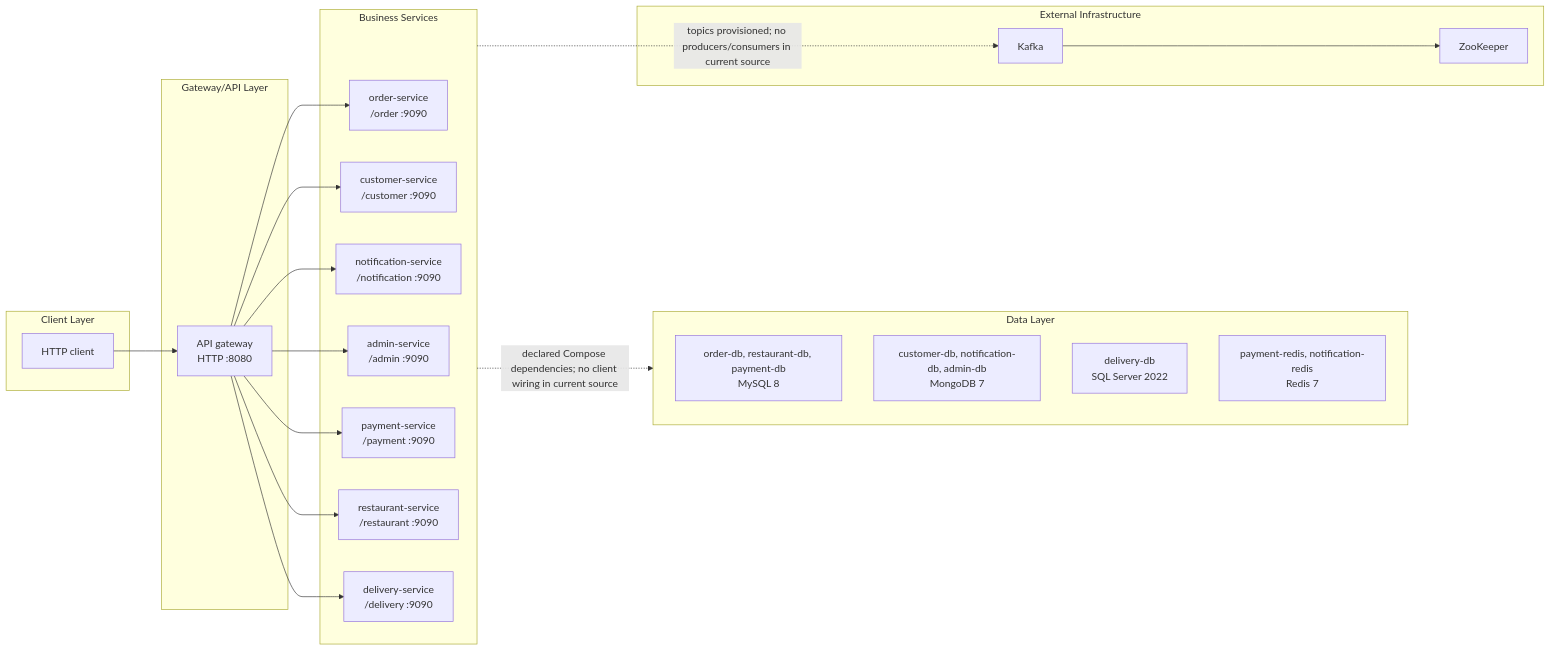
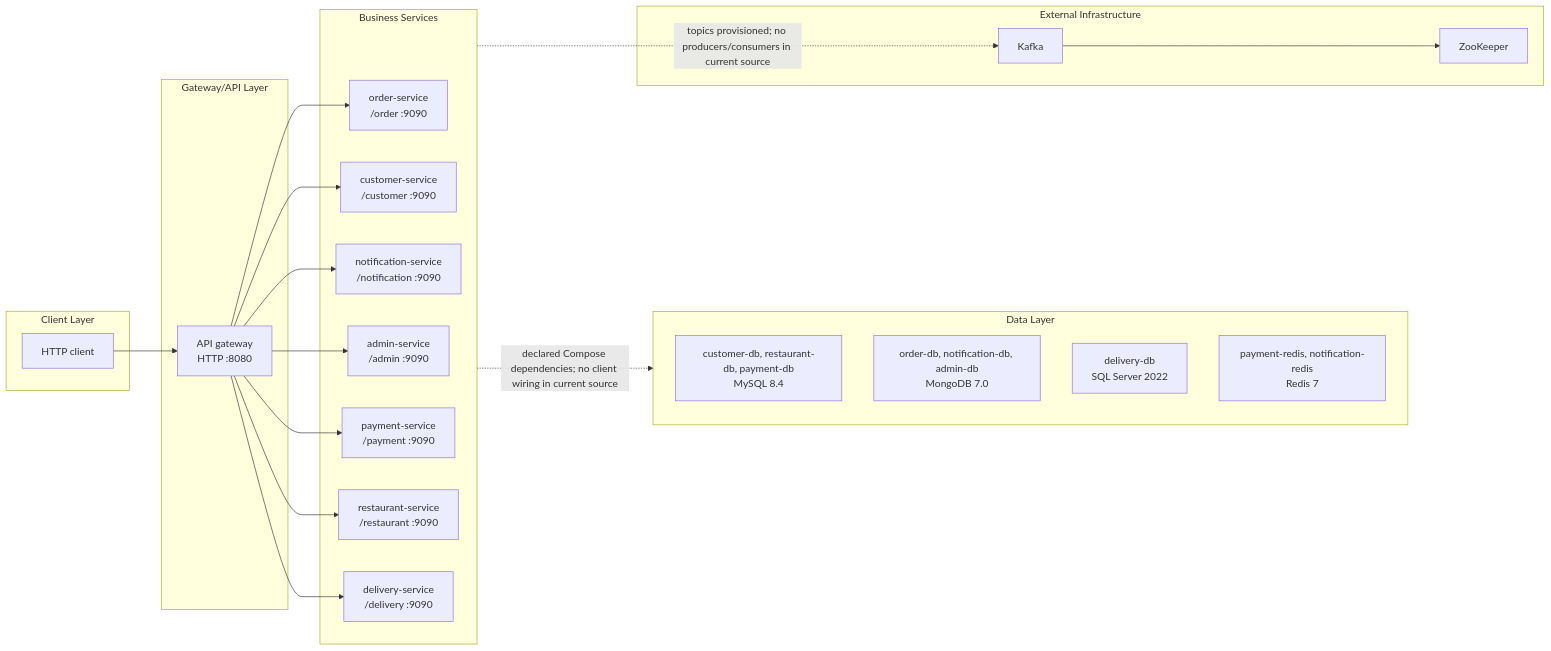
The first of 4 diagrams in Assignment-2/README.md (Kaptain-codes/Distributed-Systems-Applications), drawn with Mermaid before and after one commit. The commit also changed other lines of this file and 32 other files, not shown here.

````diff
--- a/Assignment-2/README.md
+++ b/Assignment-2/README.md
@@ -7,39 +7,39 @@
 ```mermaid
 flowchart LR
     subgraph C[Client Layer]
         Client[HTTP client]
     end
     subgraph G[Gateway/API Layer]
         Gateway[API gateway\nHTTP :8080]
     end
     subgraph B[Business Services]
         Order[order-service\n/order :9090]
         Customer[customer-service\n/customer :9090]
         Notification[notification-service\n/notification :9090]
         Admin[admin-service\n/admin :9090]
         Payment[payment-service\n/payment :9090]
         Restaurant[restaurant-service\n/restaurant :9090]
         Delivery[delivery-service\n/delivery :9090]
     end
     subgraph D[Data Layer]
-        MySQL[order-db, restaurant-db, payment-db\nMySQL 8]
-        Mongo[customer-db, notification-db, admin-db\nMongoDB 7]
+        MySQL[customer-db, restaurant-db, payment-db\nMySQL 8.4]
+        Mongo[order-db, notification-db, admin-db\nMongoDB 7.0]
         MSSQL[delivery-db\nSQL Server 2022]
         Redis[payment-redis, notification-redis\nRedis 7]
     end
     subgraph E[External Infrastructure]
         Kafka[Kafka]
         ZK[ZooKeeper]
     end
     Client --> Gateway
     Gateway --> Order
     Gateway --> Customer
     Gateway --> Notification
     Gateway --> Admin
     Gateway --> Payment
     Gateway --> Restaurant
     Gateway --> Delivery
     B -. declared Compose dependencies; no client wiring in current source .-> D
     B -. topics provisioned; no producers/consumers in current source .-> Kafka
     Kafka --> ZK
 ```
````
